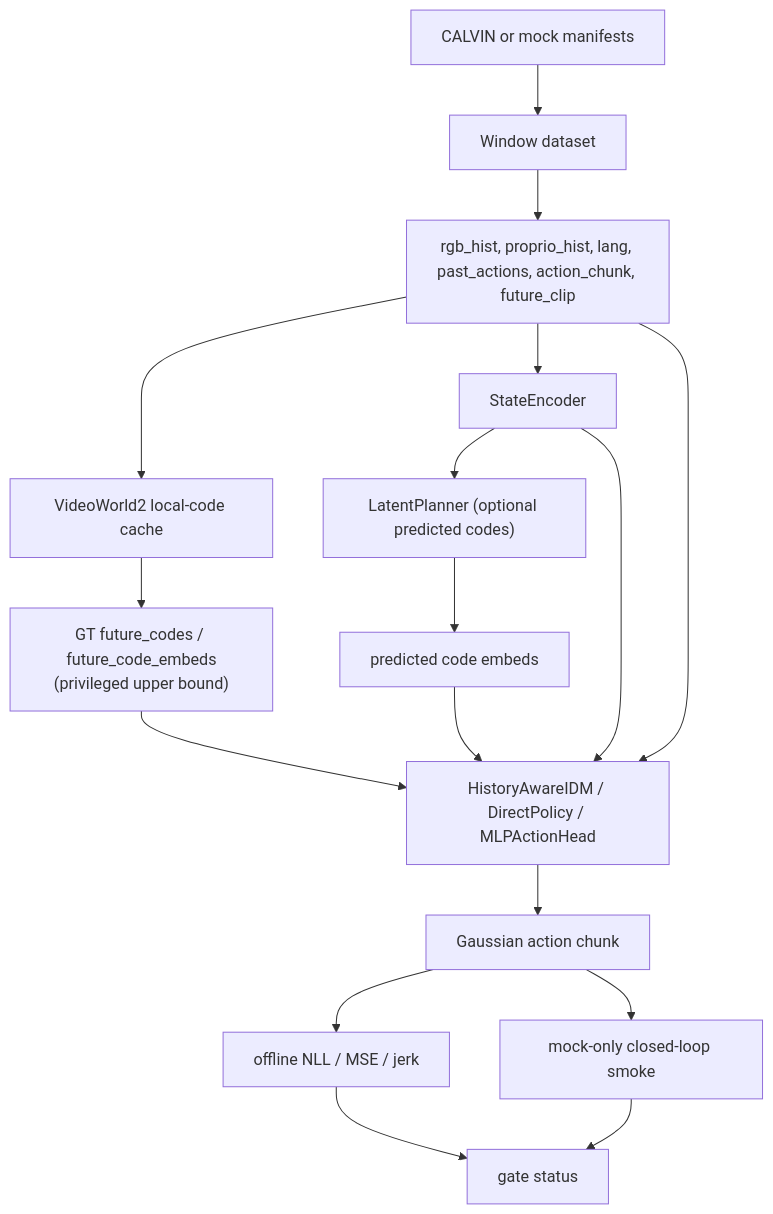
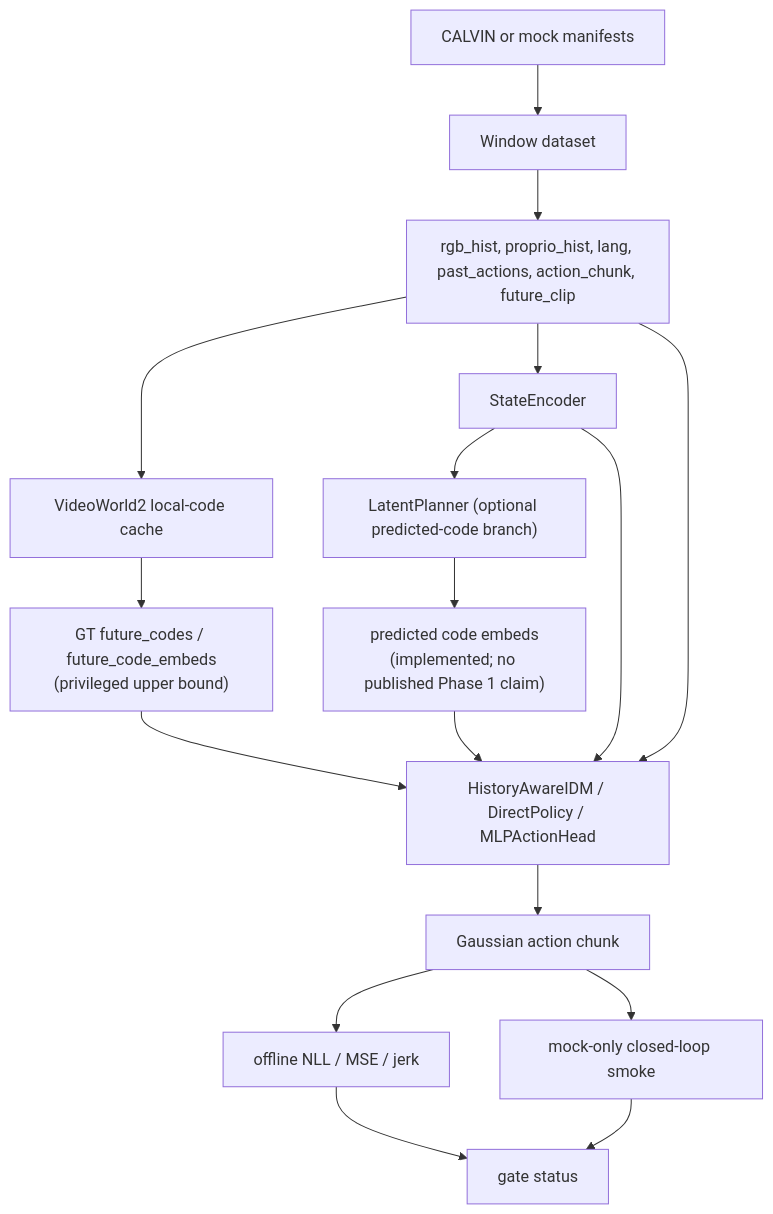
Before and after one commit to YichengDraw/videoworld2-idm-calvin-gate: the diagram in docs/architecture/model_pipeline.mmd, drawn with Mermaid. The commit also changed 26 other files, not shown here.

```diff
--- a/docs/architecture/model_pipeline.mmd
+++ b/docs/architecture/model_pipeline.mmd
@@ -1,17 +1,17 @@
 flowchart TB
   manifest["CALVIN or mock manifests"] --> window["Window dataset"]
   window --> batch["rgb_hist, proprio_hist, lang, past_actions, action_chunk, future_clip"]
   batch --> cache["VideoWorld2 local-code cache"]
   cache --> future["GT future_codes / future_code_embeds<br/>(privileged upper bound)"]
   batch --> state["StateEncoder"]
-  state --> planner["LatentPlanner (optional predicted codes)"]
-  planner --> pred["predicted code embeds"]
+  state --> planner["LatentPlanner (optional predicted-code branch)"]
+  planner --> pred["predicted code embeds<br/>(implemented; no published Phase 1 claim)"]
   state --> idm["HistoryAwareIDM / DirectPolicy / MLPActionHead"]
   future --> idm
   pred --> idm
   batch --> idm
   idm --> actions["Gaussian action chunk"]
   actions --> offline["offline NLL / MSE / jerk"]
   actions --> mock["mock-only closed-loop smoke"]
   offline --> status["gate status"]
   mock --> status
```
